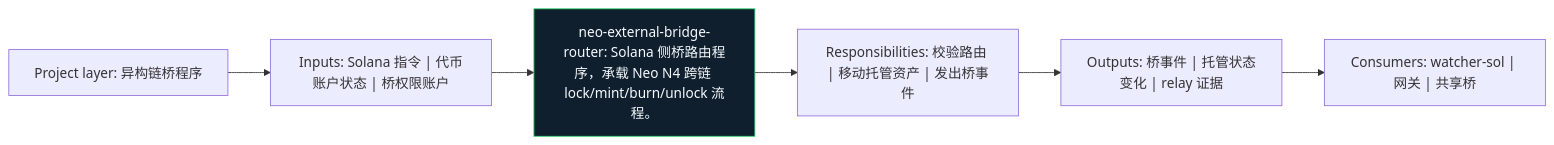
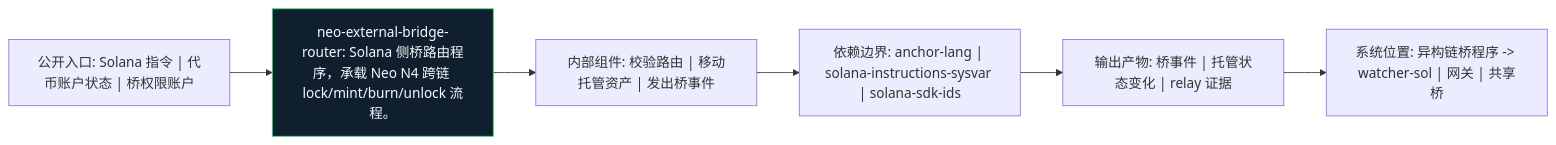
One commit to r3e-network/neo-n4 changed the diagram in external/foreign-contracts/sol/programs/neo-external-bridge-router/docs/figures/architecture.zh.mmd. Above: the diagram before and after it, drawn with Mermaid. The commit also changed 129 other files, not shown here.

```diff
--- a/external/foreign-contracts/sol/programs/neo-external-bridge-router/docs/figures/architecture.zh.mmd
+++ b/external/foreign-contracts/sol/programs/neo-external-bridge-router/docs/figures/architecture.zh.mmd
@@ -1,14 +1,14 @@
 flowchart LR
-    N1["Project layer: 异构链桥程序"]
-    N2["Inputs: Solana 指令 | 代币账户状态 | 桥权限账户"]
-    N3["neo-external-bridge-router: Solana 侧桥路由程序，承载 Neo N4 跨链 lock/mint/burn/unlock 流程。"]
-    N4["Responsibilities: 校验路由 | 移动托管资产 | 发出桥事件"]
-    N5["Outputs: 桥事件 | 托管状态变化 | relay 证据"]
-    N6["Consumers: watcher-sol | 网关 | 共享桥"]
+    N1["公开入口: Solana 指令 | 代币账户状态 | 桥权限账户"]
+    N2["neo-external-bridge-router: Solana 侧桥路由程序，承载 Neo N4 跨链 lock/mint/burn/unlock 流程。"]
+    N3["内部组件: 校验路由 | 移动托管资产 | 发出桥事件"]
+    N4["依赖边界: anchor-lang | solana-instructions-sysvar | solana-sdk-ids"]
+    N5["输出产物: 桥事件 | 托管状态变化 | relay 证据"]
+    N6["系统位置: 异构链桥程序 -> watcher-sol | 网关 | 共享桥"]
     N1 --> N2
     N2 --> N3
     N3 --> N4
     N4 --> N5
     N5 --> N6
     classDef crate fill:#101f2d,stroke:#38d978,color:#f6fbff
-    class N3 crate
+    class N2 crate
```
